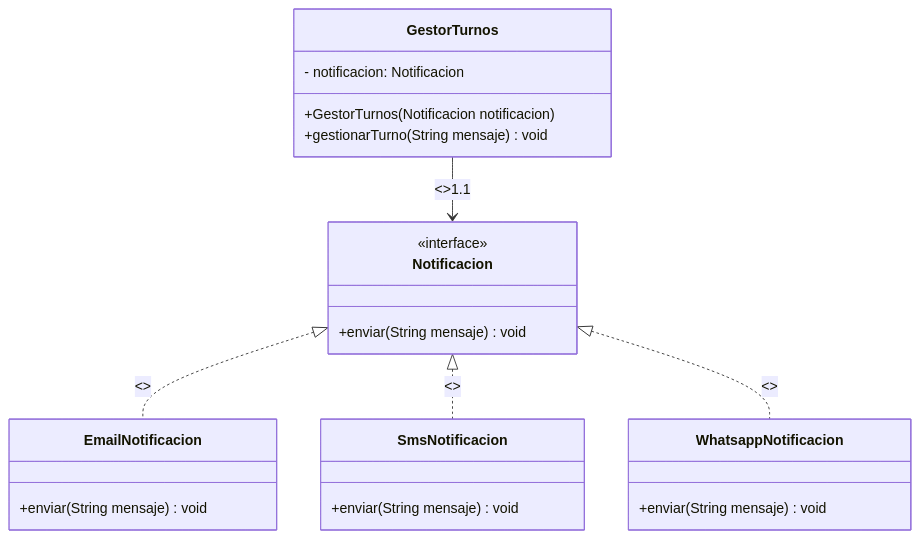
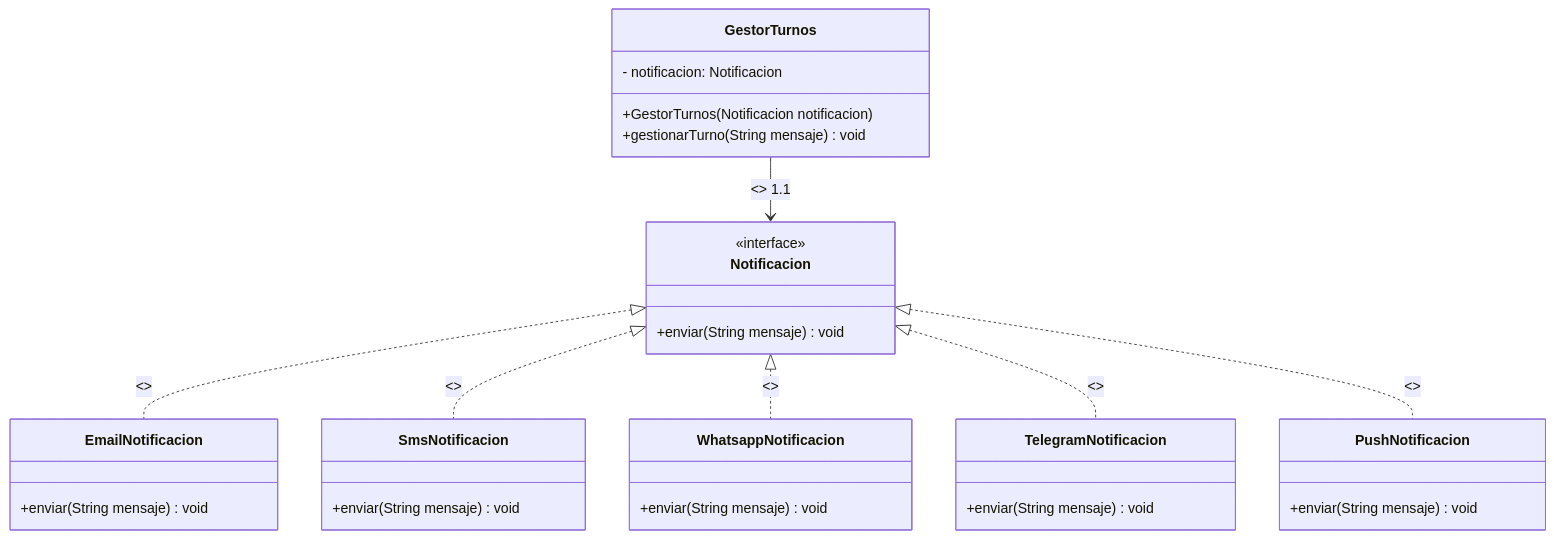
The diagram in unidad1/semana2_solid/docs/resolucion.md (santiagovOK/UTN-TUPaD-MS2), drawn with Mermaid before and after one commit. The commit also changed other lines of this file and 3 other files, not shown here.

Commit message:
feat(unidad1-semana2): Añadir notificaciones Push y Telegram

````diff
--- a/unidad1/semana2_solid/docs/resolucion.md
+++ b/unidad1/semana2_solid/docs/resolucion.md
@@ -25,36 +27,46 @@
 ```mermaid
 classDiagram
     class Notificacion {
         <<interface>>
         +enviar(String mensaje) void
     }
 
     class EmailNotificacion {
         +enviar(String mensaje) void
     }
 
     class SmsNotificacion {
         +enviar(String mensaje) void
     }
 
     class WhatsappNotificacion {
         +enviar(String mensaje) void
     }
 
+    class TelegramNotificacion {
+        +enviar(String mensaje) void
+    }
+
+    class PushNotificacion {
+        +enviar(String mensaje) void
+    }
+
     class GestorTurnos {
         - notificacion: Notificacion
         +GestorTurnos(Notificacion notificacion)
         +gestionarTurno(String mensaje) void
     }
 
-    %% Relación 1: Implementación — las clases concretas satisfacen el contrato de la interfaz
+    %% Relación 1: Implementación (realization) — las clases concretas satisfacen el contrato de la interfaz
     Notificacion <|.. EmailNotificacion : <<implementa>>
     Notificacion <|.. SmsNotificacion : <<implementa>>
     Notificacion <|.. WhatsappNotificacion : <<implementa>>
+    Notificacion <|.. TelegramNotificacion : <<implementa>>
+    Notificacion <|.. PushNotificacion : <<implementa>>
 
     %% Relación 2: Asociación unidireccional (inyección de dependencias vía constructor) — DIP
-    GestorTurnos --> Notificacion : <<inyecta>>1.1
+    GestorTurnos --> Notificacion : <<inyecta>> 1.1
 
     %% Relación 3: Dependencia de creación (el gestor requiere una instancia de la abstracción)
     %% (Representada implícitamente por la asociación unidireccional anterior)
 ```
````
